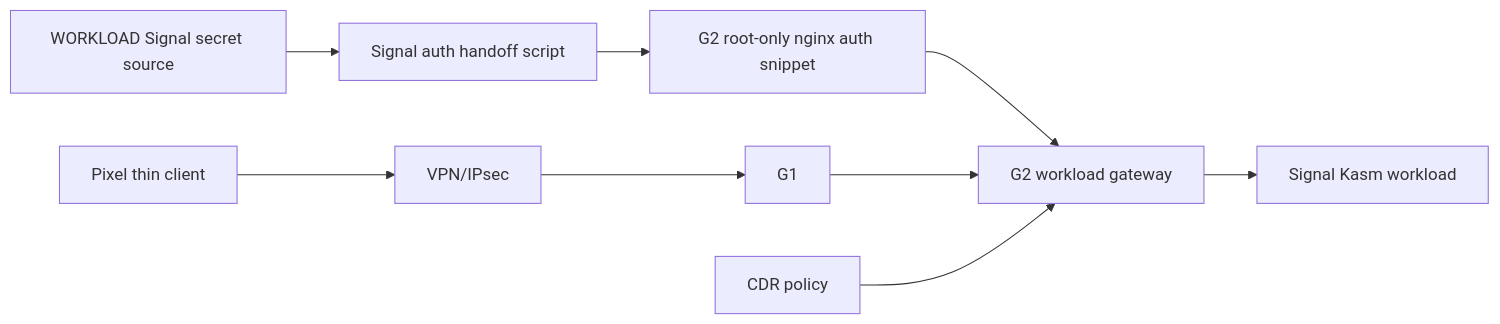
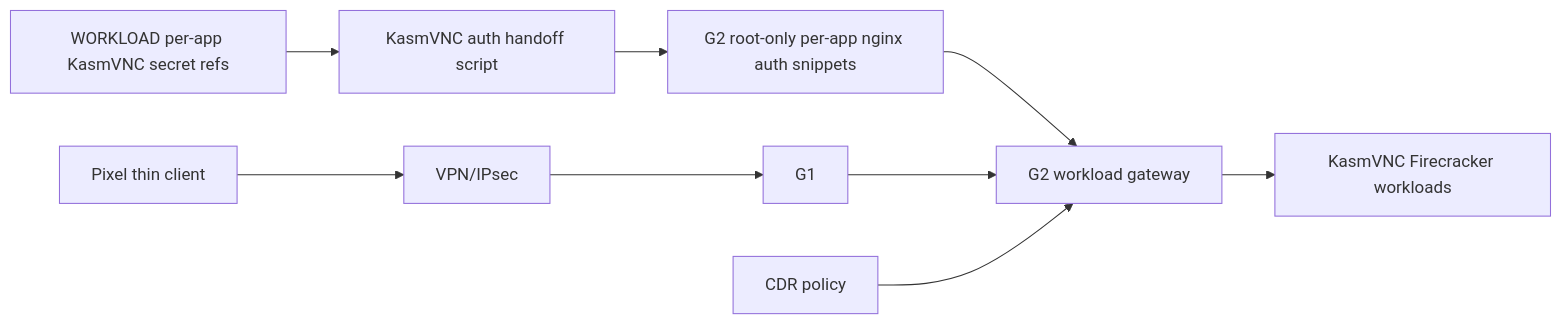
Before and after one commit to officemexel-hash/sylion_secure: the diagram in docs/admin-panel-v2/86-step3-45-signal-auth-handoff.md, drawn with Mermaid. The commit also changed other lines of this file and 10 other files, not shown here.

Commit message:
Restore KasmVNC as Firecracker stream backend

````diff
--- a/docs/admin-panel-v2/86-step3-45-signal-auth-handoff.md
+++ b/docs/admin-panel-v2/86-step3-45-signal-auth-handoff.md
@@ -54,11 +70,11 @@
 ```mermaid
 flowchart LR
-    Workload["WORKLOAD Signal secret source"] --> Handoff["Signal auth handoff script"]
-    Handoff --> G2Snippet["G2 root-only nginx auth snippet"]
+    Workload["WORKLOAD per-app KasmVNC secret refs"] --> Handoff["KasmVNC auth handoff script"]
+    Handoff --> G2Snippet["G2 root-only per-app nginx auth snippets"]
     G2Snippet --> G2["G2 workload gateway"]
-    G2 --> Signal["Signal Kasm workload"]
+    G2 --> Apps["KasmVNC Firecracker workloads"]
     Pixel["Pixel thin client"] --> VPN["VPN/IPsec"]
     VPN --> G1["G1"]
     G1 --> G2
     CDR["CDR policy"] --> G2
 ```
````
